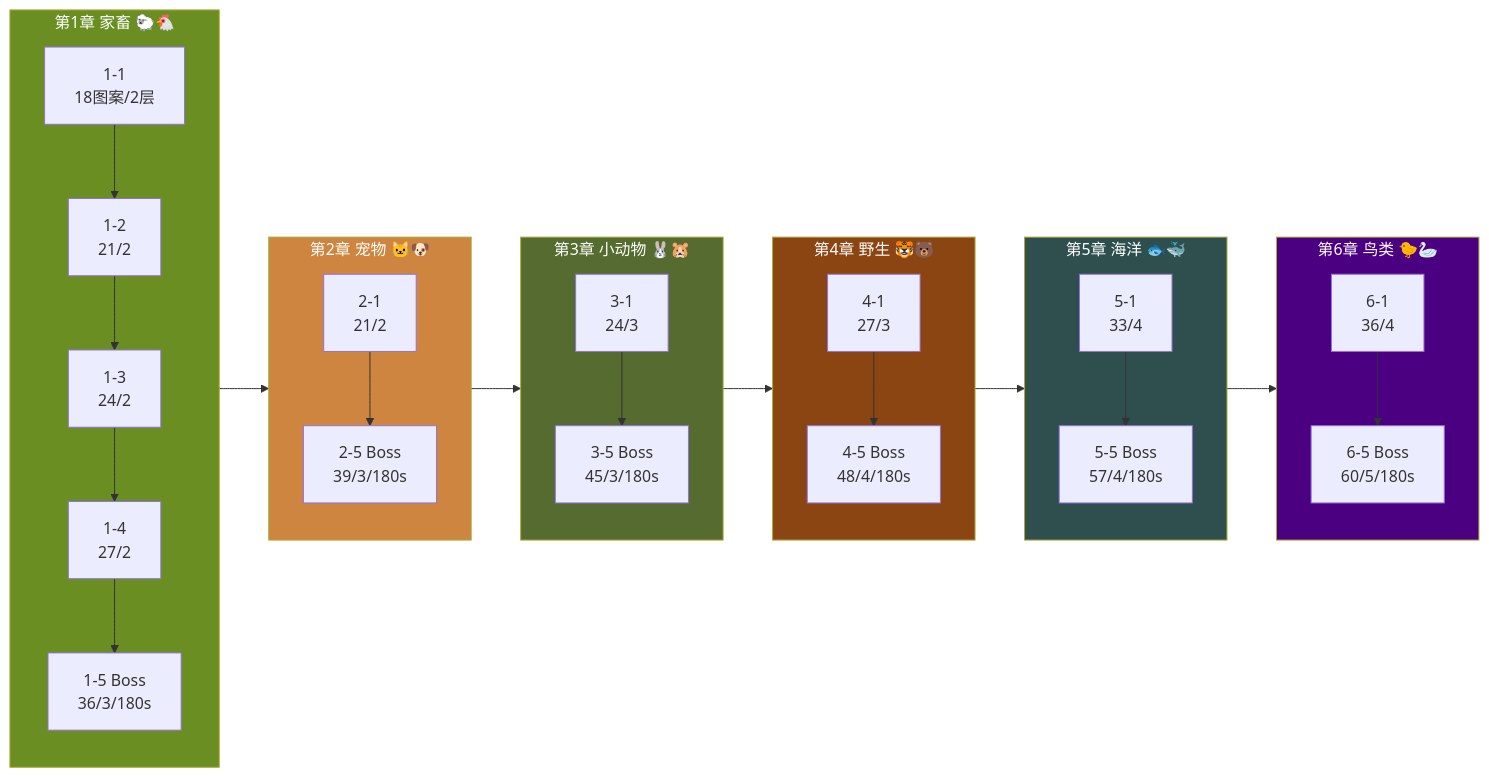
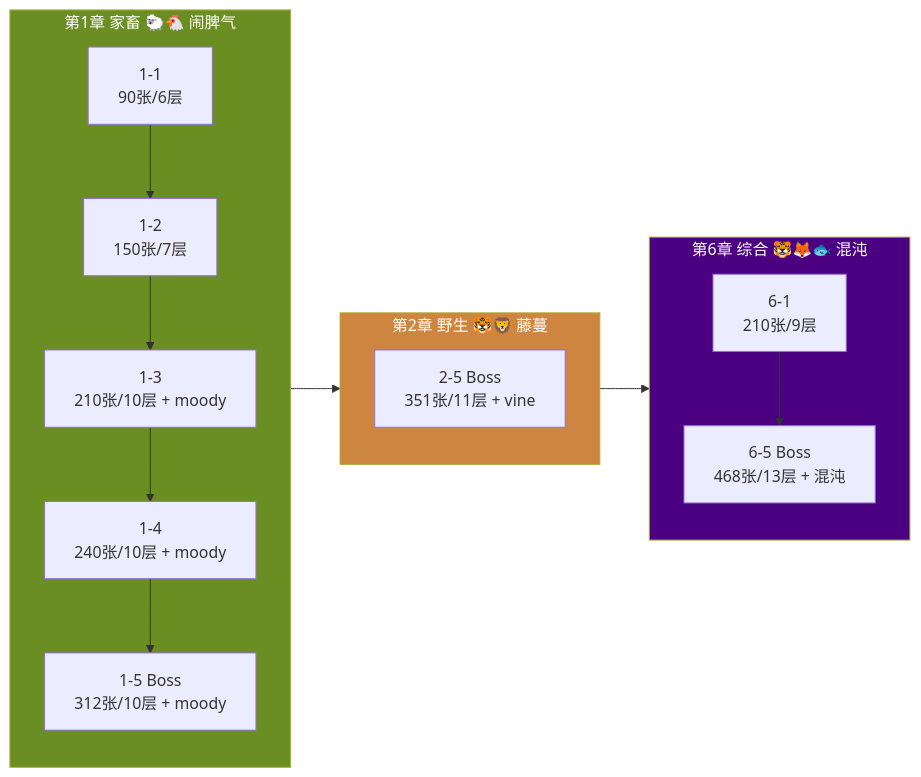
The ninth of 29 diagrams in ARCHITECTURE.md (lbh1nb/BeastGame), drawn with Mermaid before and after one commit. The commit also changed other lines of this file and 16 other files, not shown here.

````diff
--- a/ARCHITECTURE.md
+++ b/ARCHITECTURE.md
@@ -294,33 +296,20 @@
 ```mermaid
 flowchart LR
-    subgraph S1["第1章 家畜 🐑🐔"]
-        L1["1-1<br/>18图案/2层"] --> L2["1-2<br/>21/2"]
-        L2 --> L3["1-3<br/>24/2"]
-        L3 --> L4["1-4<br/>27/2"]
-        L4 --> L5["1-5 Boss<br/>36/3/180s"]
+    subgraph S1["第1章 家畜 🐑🐔 闹脾气"]
+        L1["1-1<br/>90张/6层"] --> L2["1-2<br/>150张/7层"]
+        L2 --> L3["1-3<br/>210张/10层 + moody"]
+        L3 --> L4["1-4<br/>240张/10层 + moody"]
+        L4 --> L5["1-5 Boss<br/>312张/10层 + moody"]
     end
-    subgraph S2["第2章 宠物 🐱🐶"]
-        L6["2-1<br/>21/2"] --> L10["2-5 Boss<br/>39/3/180s"]
+    subgraph S2["第2章 野生 🐯🦁 藤蔓"]
+        L10["2-5 Boss<br/>351张/11层 + vine"]
     end
-    subgraph S3["第3章 小动物 🐰🐹"]
-        L11["3-1<br/>24/3"] --> L15["3-5 Boss<br/>45/3/180s"]
+    subgraph S6["第6章 综合 🐯🦊🐟 混沌"]
+        L26["6-1<br/>210张/9层"] --> L30["6-5 Boss<br/>468张/13层 + 混沌"]
     end
-    subgraph S4["第4章 野生 🐯🐻"]
-        L16["4-1<br/>27/3"] --> L20["4-5 Boss<br/>48/4/180s"]
-    end
-    subgraph S5["第5章 海洋 🐟🐳"]
-        L21["5-1<br/>33/4"] --> L25["5-5 Boss<br/>57/4/180s"]
-    end
-    subgraph S6["第6章 鸟类 🐤🦢"]
-        L26["6-1<br/>36/4"] --> L30["6-5 Boss<br/>60/5/180s"]
-    end
-
-    S1 --> S2 --> S3 --> S4 --> S5 --> S6
+    S1 --> S2 --> S6
 
     style S1 fill:#6b8e23,color:#ffffff
     style S2 fill:#cd853f,color:#ffffff
-    style S3 fill:#556b2f,color:#ffffff
-    style S4 fill:#8b4513,color:#ffffff
-    style S5 fill:#2f4f4f,color:#ffffff
     style S6 fill:#4b0082,color:#ffffff
 ```
````
